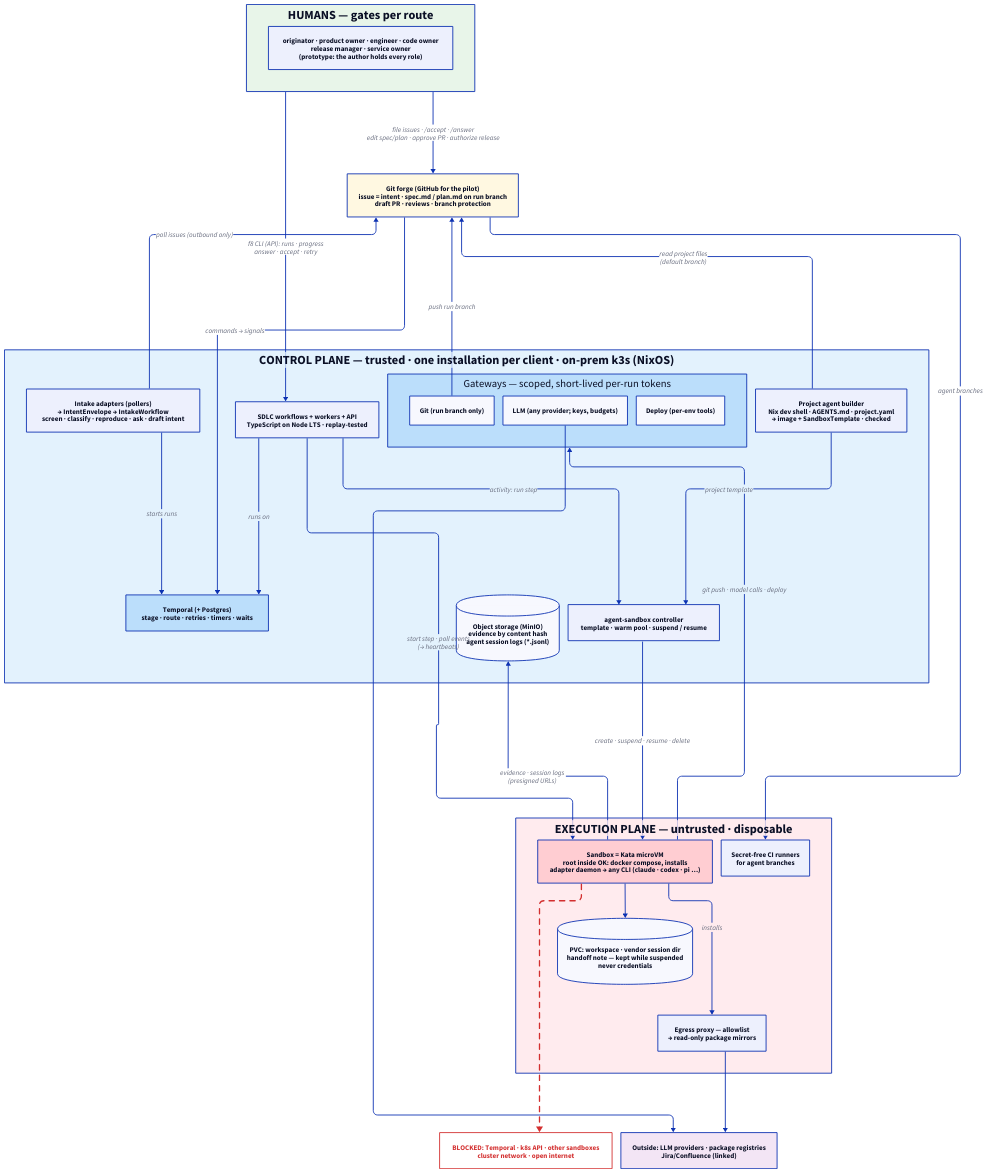
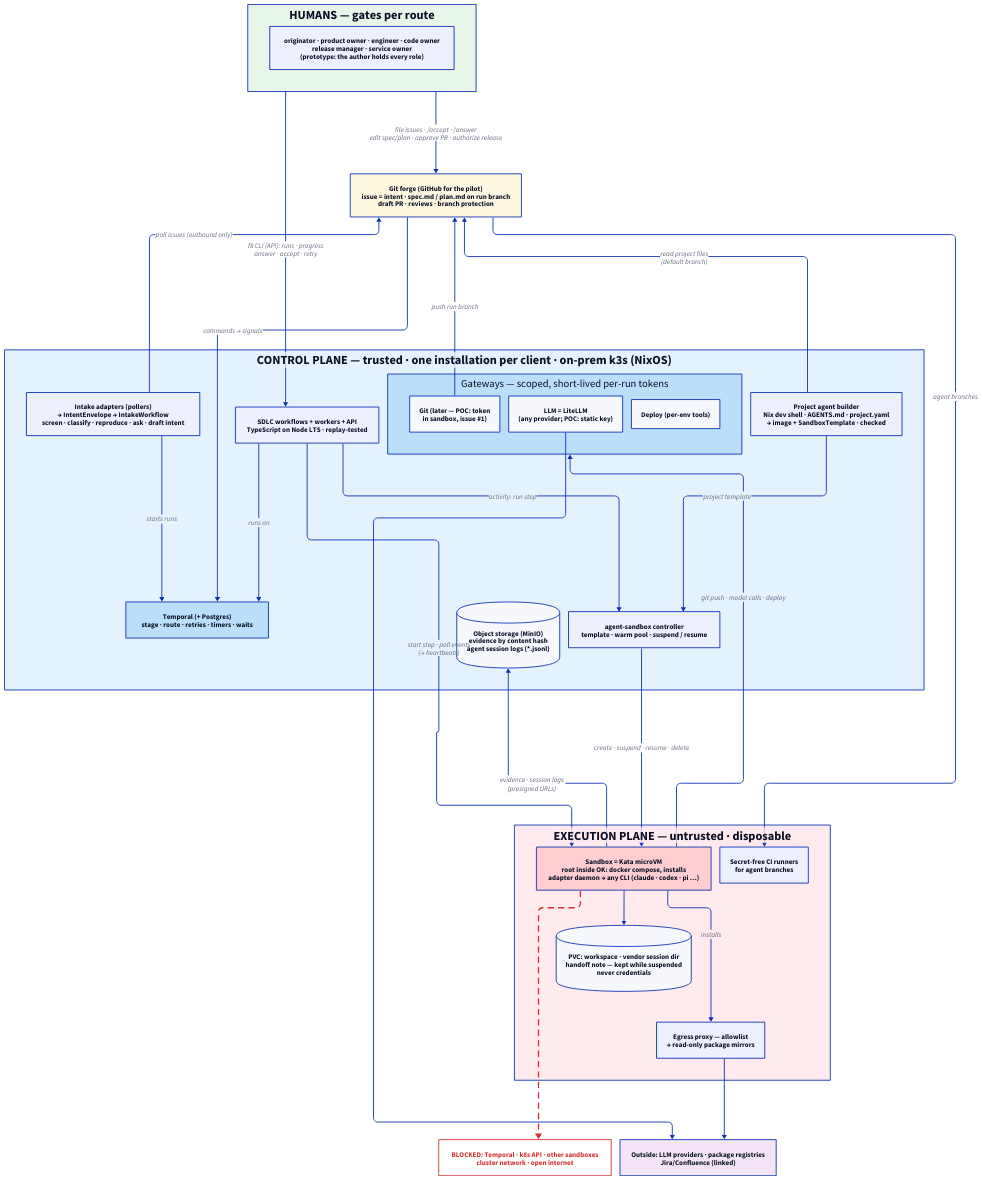
Before and after one commit to factory8/factory8: the diagram in docs/site/arch.d2, drawn with D2. The commit also changed 8 other files, not shown here.

First line of the commit message:
PRD v0.6: dogfooding, Nix first, LiteLLM, POC credentials in sandbox (#1), f8-ask

```diff
--- a/docs/site/arch.d2
+++ b/docs/site/arch.d2
@@ -1,52 +1,52 @@
 vars: {d2-config: {layout-engine: elk}}
 direction: down
 humans: "HUMANS — gates per route" {
   style: {fill: "#e8f5e9"; bold: true}
   h: "originator · product owner · engineer · code owner\nrelease manager · service owner\n(prototype: the author holds every role)"
 }
 forge: "Git forge (GitHub for the pilot)\nissue = intent · spec.md / plan.md on run branch\ndraft PR · reviews · branch protection" {style: {fill: "#fff8e1"; bold: true}}
 cp: "CONTROL PLANE — trusted · one installation per client · on-prem k3s (NixOS)" {
   style: {fill: "#e3f2fd"; bold: true}
   intake: "Intake adapters (pollers)\n→ IntentEnvelope → IntakeWorkflow\nscreen · classify · reproduce · ask · draft intent"
   tmp: "Temporal (+ Postgres)\nstage · route · retries · timers · waits" {style: {fill: "#bbdefb"; bold: true}}
   wf: "SDLC workflows + workers + API\nTypeScript on Node LTS · replay-tested"
   obj: "Object storage (MinIO)\nevidence by content hash\nagent session logs (*.jsonl)" {shape: cylinder}
   gw: "Gateways — scoped, short-lived per-run tokens" {
     style: {fill: "#bbdefb"}
-    g: "Git (run branch only)"
-    l: "LLM (any provider; keys, budgets)"
+    g: "Git (later — POC: token\nin sandbox, issue #1)"
+    l: "LLM = LiteLLM\n(any provider; POC: static key)"
     d: "Deploy (per-env tools)"
   }
   ctrl: "agent-sandbox controller\ntemplate · warm pool · suspend / resume"
   builder: "Project agent builder\nNix dev shell · AGENTS.md · project.yaml\n→ image + SandboxTemplate · checked"
   builder -> ctrl: "project template"
   intake -> tmp: starts runs
   wf -> tmp: runs on
   wf -> ctrl: "activity: run step"
 }
 ep: "EXECUTION PLANE — untrusted · disposable" {
   style: {fill: "#ffebee"; bold: true}
   sb: "Sandbox = Kata microVM\nroot inside OK: docker compose, installs\nadapter daemon → any CLI (claude · codex · pi …)" {style: {fill: "#ffcdd2"; bold: true}}
   pvc: "PVC: workspace · vendor session dir\nhandoff note — kept while suspended\nnever credentials" {shape: cylinder}
   proxy: "Egress proxy — allowlist\n→ read-only package mirrors"
   ci: "Secret-free CI runners\nfor agent branches"
   sb -> pvc
 }
 blocked: "BLOCKED: Temporal · k8s API · other sandboxes\ncluster network · open internet" {style: {fill: "#fff"; stroke: "#d32f2f"; font-color: "#d32f2f"; bold: true}}
 out: "Outside: LLM providers · package registries\nJira/Confluence (linked)" {style: {fill: "#f3e5f5"}}
 
 humans -> forge: "file issues · /accept · /answer\nedit spec/plan · approve PR · authorize release"
 humans -> cp.wf: "f8 CLI (API): runs · progress\nanswer · accept · retry"
 forge <- cp.intake: "poll issues (outbound only)"
 forge -> cp.tmp: "commands → signals"
 cp.ctrl -> ep.sb: "create · suspend · resume · delete"
 cp.gw <- ep.sb: "git push · model calls · deploy"
 cp.obj <- ep.sb: "evidence · session logs\n(presigned URLs)"
 cp.wf -> ep.sb: "start step · poll events\n(→ heartbeats)"
 ep.sb -> ep.proxy: "installs"
 ep.sb -> blocked: "" {style: {stroke: "#d32f2f"; stroke-width: 3; stroke-dash: 4}}
 forge <- cp.gw.g: "push run branch"
 forge <- cp.builder: "read project files\n(default branch)"
 forge -> ep.ci: "agent branches"
 cp.gw.l -> out
 ep.proxy -> out
```
